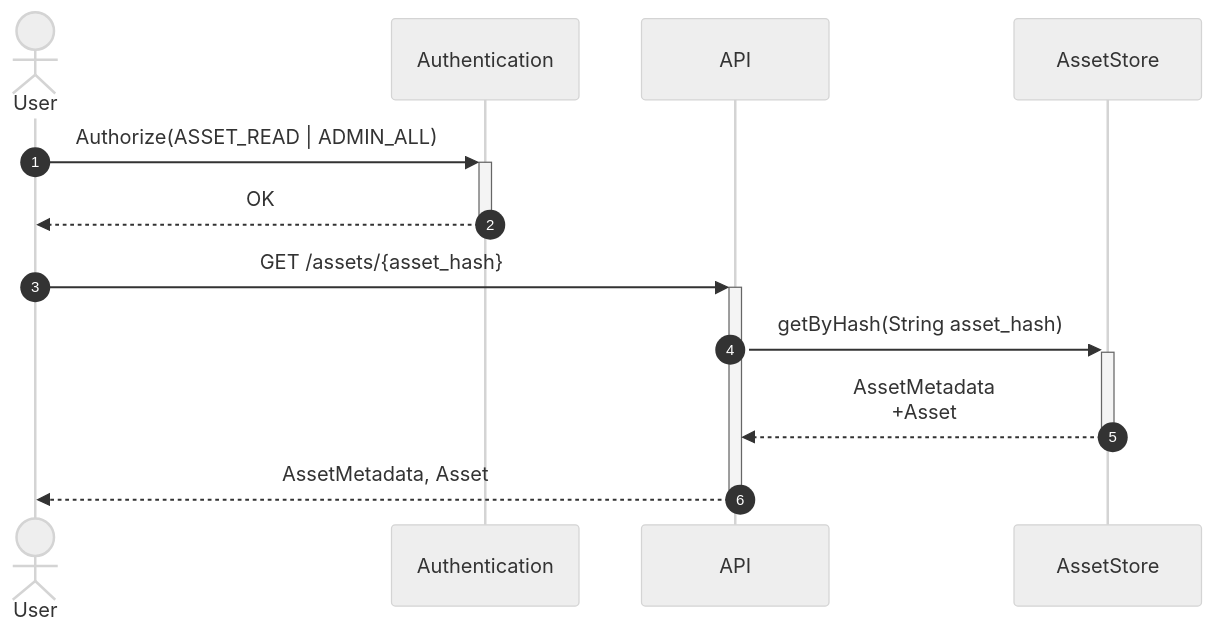
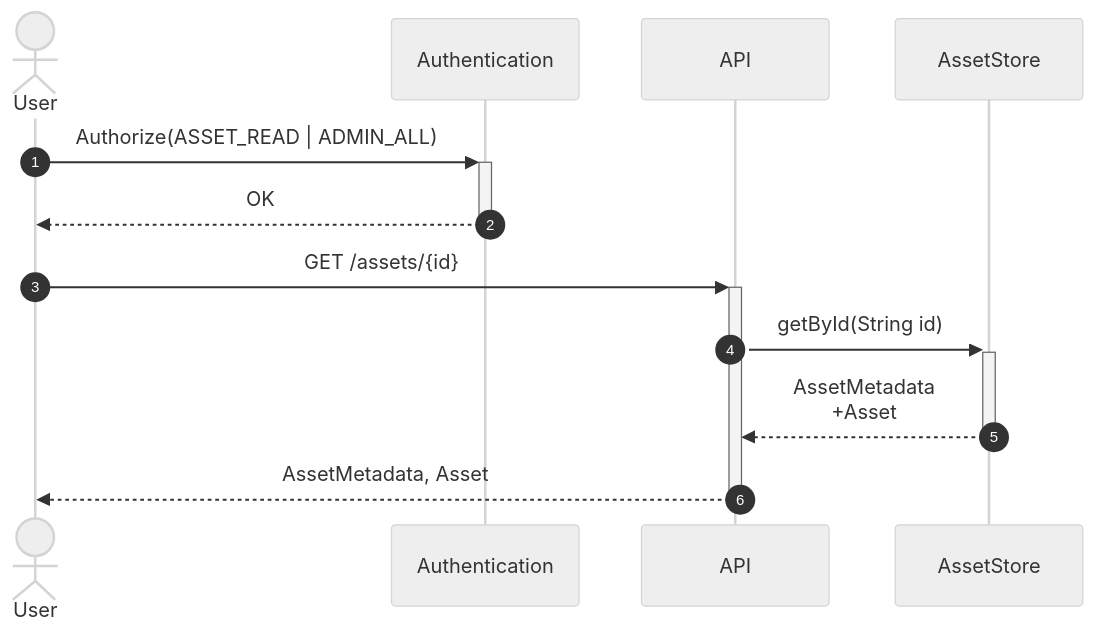
Before and after one commit to federated-catalogue-enhancements-2026/docs: diagram 16 of 35 in federated-catalogue/src/docs/architecture/chapters/06_runtime_view.adoc, drawn with Mermaid (neutral theme). The commit also changed other lines of this file and 4 other files, not shown here.

```diff
--- a/federated-catalogue/src/docs/architecture/chapters/06_runtime_view.adoc
+++ b/federated-catalogue/src/docs/architecture/chapters/06_runtime_view.adoc
@@ -558,15 +561,15 @@
 [mermaid, width=2000]
 ....
 sequenceDiagram
     autonumber
     actor User
     participant Auth as Authentication
     participant API
     participant AssetStore as AssetStore
     User ->> + Auth:Authorize(ASSET_READ | ADMIN_ALL)
     Auth -->> - User:OK
-    User ->> + API:GET /assets/{asset_hash}
-    API ->> + AssetStore: getByHash(String asset_hash)
+    User ->> + API:GET /assets/{id}
+    API ->> + AssetStore: getById(String id)
     AssetStore -->> - API: AssetMetadata<br>+Asset
     API -->> - User:AssetMetadata, Asset
 ....
```
